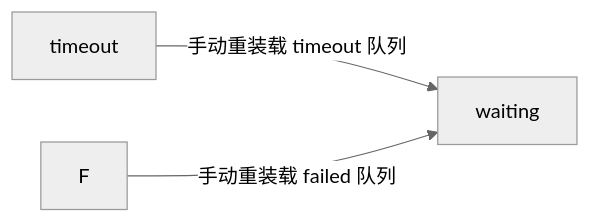
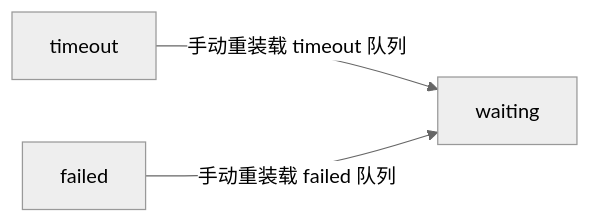
Before and after one commit to liuxiaozhicn/async-queue-go: the fifth of 5 diagrams in docs/zh-CN/guide.md, drawn with Mermaid (neutral theme). The commit also changed other lines of this file, not shown here.

````diff
--- a/docs/zh-CN/guide.md
+++ b/docs/zh-CN/guide.md
@@ -214,5 +215,5 @@
 ```mermaid
 flowchart LR
     T[timeout] -->|手动重装载 timeout 队列| W[waiting]
-    F -->|手动重装载 failed 队列| W
+    F[failed]  -->|手动重装载 failed 队列| W
 ```
````
